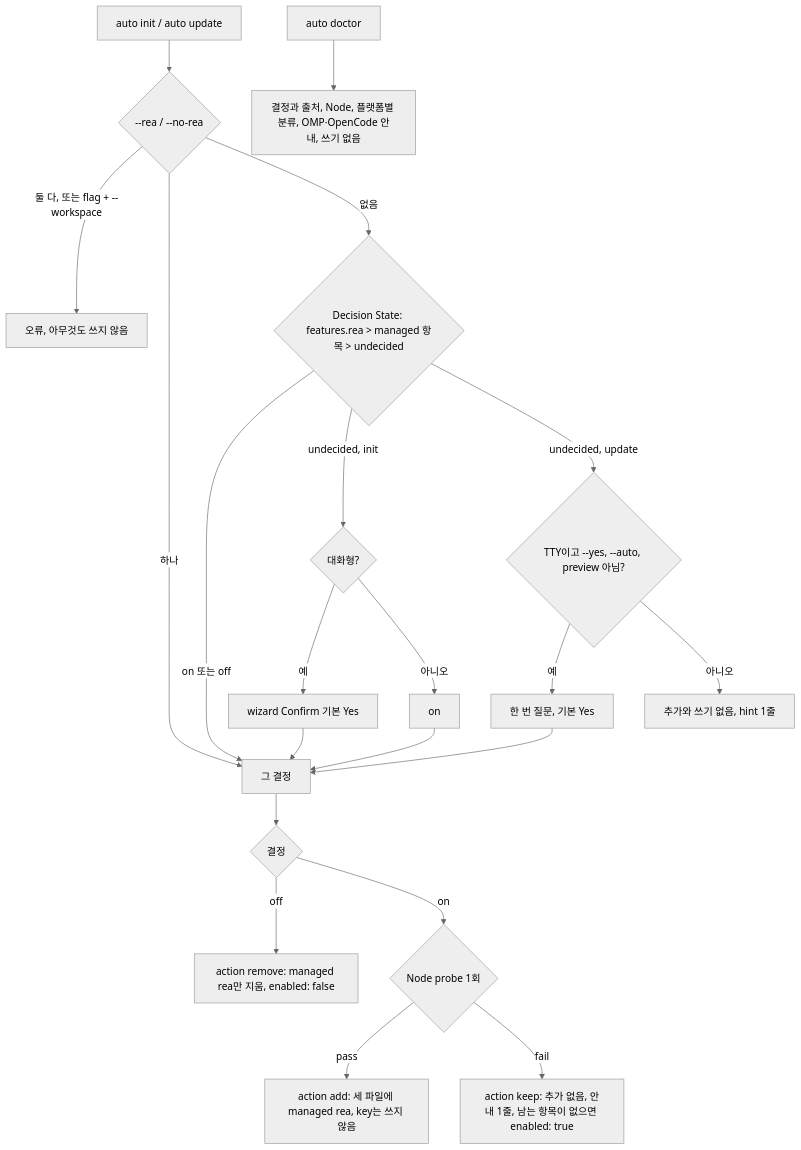
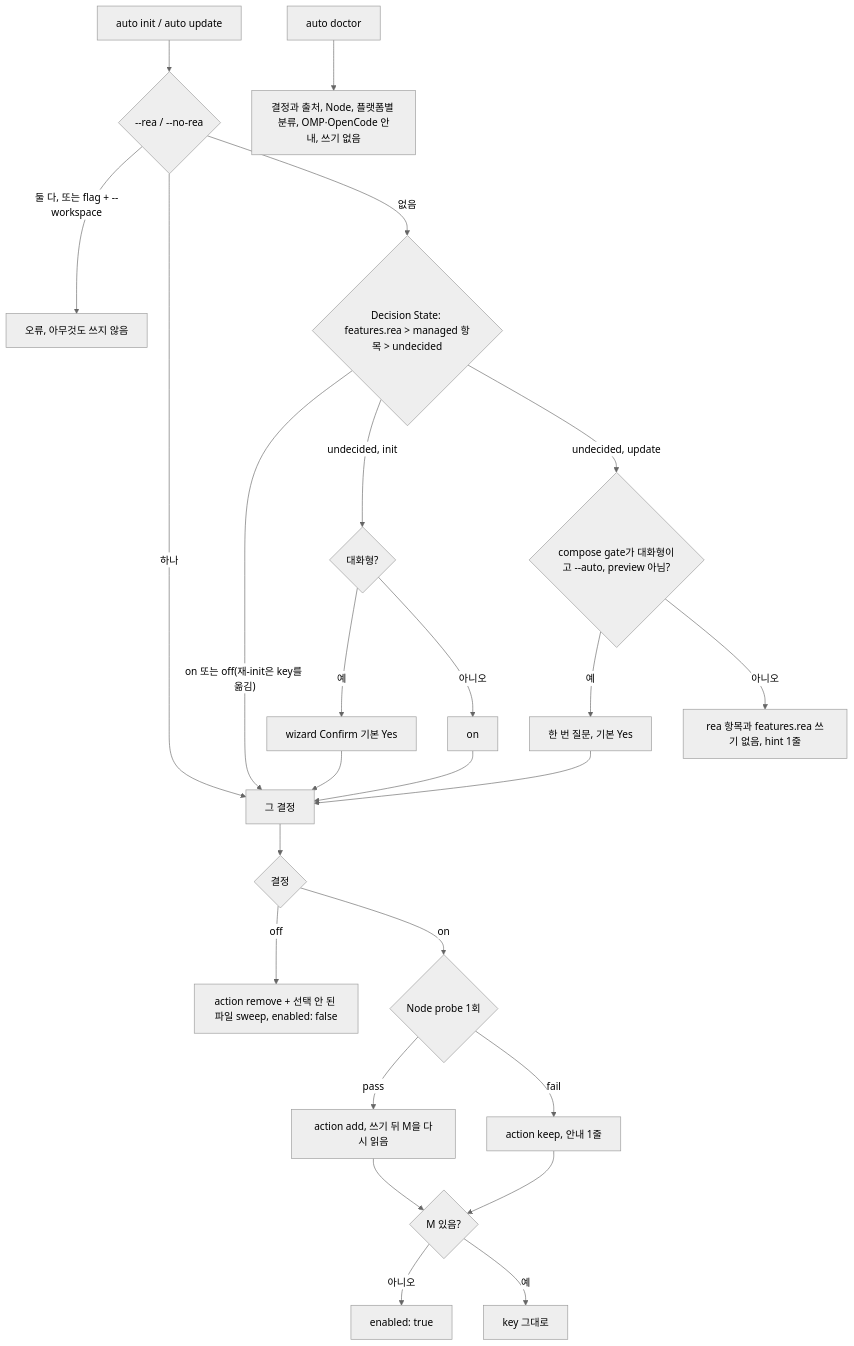
One commit to Oscar-Williams/autopus-adk changed the first of 2 diagrams in .autopus/specs/SPEC-REA-001/plan.md. Above: the diagram before and after it, drawn with Mermaid (neutral theme). The commit also changed other lines of this file and 4 other files, not shown here.

````diff
--- a/.autopus/specs/SPEC-REA-001/plan.md
+++ b/.autopus/specs/SPEC-REA-001/plan.md
@@ -41,20 +42,24 @@
 ```mermaid
 flowchart TD
   A["auto init / auto update"] --> F{"--rea / --no-rea"}
   F -->|"둘 다, 또는 flag + --workspace"| X["오류, 아무것도 쓰지 않음"]
   F -->|"하나"| DEC["그 결정"]
   F -->|"없음"| S{"Decision State: features.rea > managed 항목 > undecided"}
-  S -->|"on 또는 off"| DEC
+  S -->|"on 또는 off(재-init은 key를 옮김)"| DEC
   S -->|"undecided, init"| W{"대화형?"}
   W -->|"예"| Q["wizard Confirm 기본 Yes"] --> DEC
   W -->|"아니오"| ON["on"] --> DEC
-  S -->|"undecided, update"| U{"TTY이고 --yes, --auto, preview 아님?"}
+  S -->|"undecided, update"| U{"compose gate가 대화형이고 --auto, preview 아님?"}
   U -->|"예"| P["한 번 질문, 기본 Yes"] --> DEC
-  U -->|"아니오"| H["추가와 쓰기 없음, hint 1줄"]
+  U -->|"아니오"| H["rea 항목과 features.rea 쓰기 없음, hint 1줄"]
   DEC --> G{"결정"}
-  G -->|"off"| R["action remove: managed rea만 지움, enabled: false"]
+  G -->|"off"| R["action remove + 선택 안 된 파일 sweep, enabled: false"]
   G -->|"on"| N{"Node probe 1회"}
-  N -->|"pass"| M["action add: 세 파일에 managed rea, key는 쓰지 않음"]
-  N -->|"fail"| K["action keep: 추가 없음, 안내 1줄, 남는 항목이 없으면 enabled: true"]
+  N -->|"pass"| M["action add, 쓰기 뒤 M을 다시 읽음"]
+  N -->|"fail"| K["action keep, 안내 1줄"]
+  M --> KEY{"M 있음?"}
+  K --> KEY
+  KEY -->|"아니오"| T1["enabled: true"]
+  KEY -->|"예"| T2["key 그대로"]
   DR["auto doctor"] --> DS["결정과 출처, Node, 플랫폼별 분류, OMP·OpenCode 안내, 쓰기 없음"]
 ```
````
